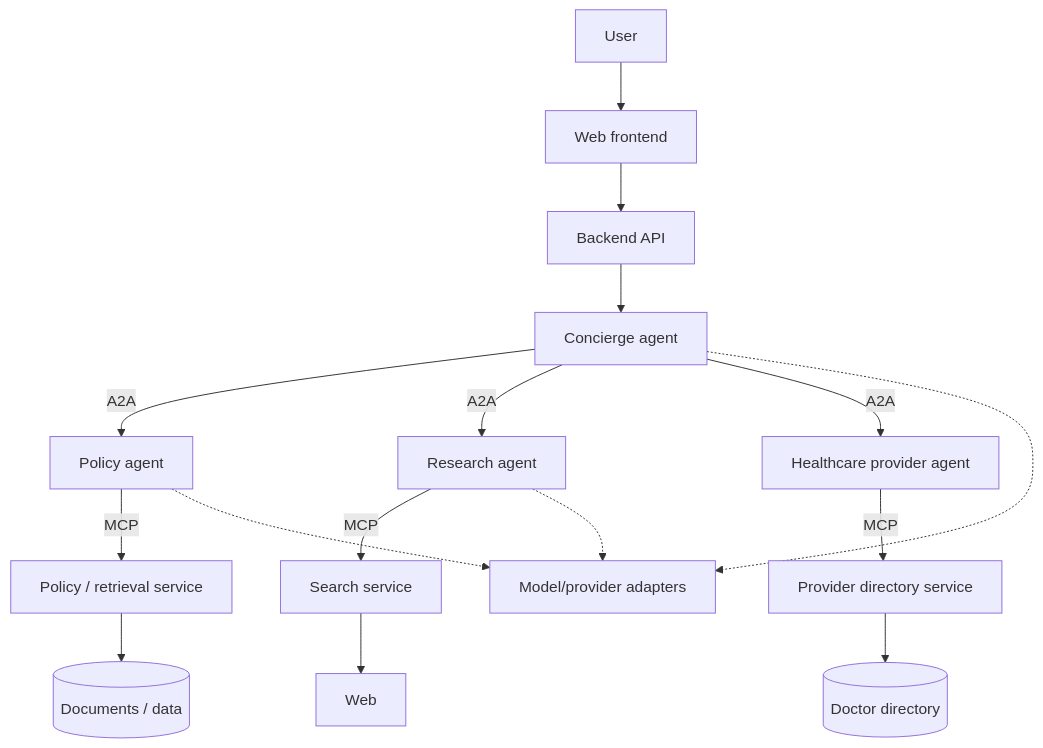
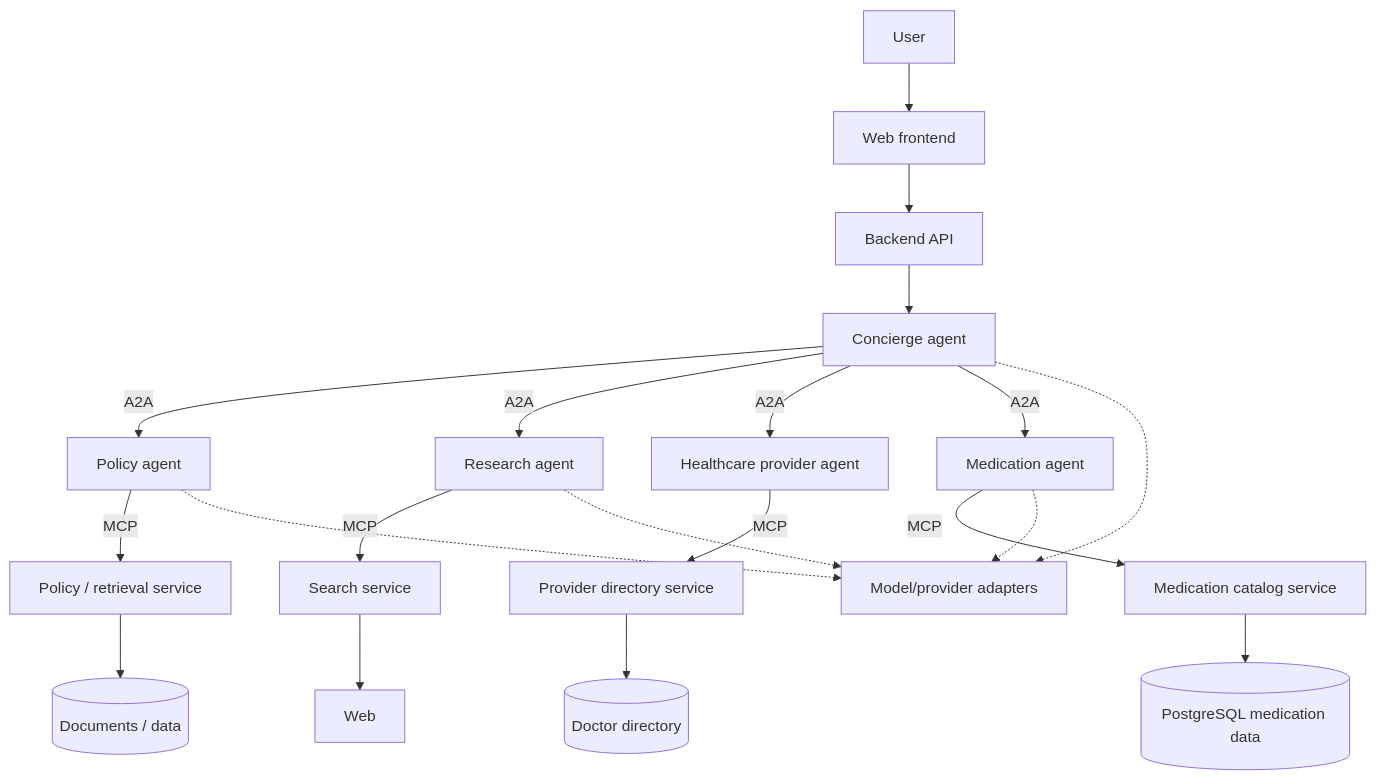
The diagram in docs/roadmap.md (bakarys01/agentic-lab), drawn with Mermaid before and after one commit. The commit also changed other lines of this file and 9 other files, not shown here.

````diff
--- a/docs/roadmap.md
+++ b/docs/roadmap.md
@@ -50,18 +52,22 @@
 ```mermaid
 flowchart TD
     U[User] --> UI[Web frontend]
     UI --> B[Backend API]
     B --> C[Concierge agent]
     C -->|A2A| P[Policy agent]
     C -->|A2A| R[Research agent]
     C -->|A2A| H[Healthcare provider agent]
+    C -->|A2A| Med[Medication agent]
     P -->|MCP| PT[Policy / retrieval service]
     R -->|MCP| RT[Search service]
     H -->|MCP| HT[Provider directory service]
+    Med -->|MCP| MT[Medication catalog service]
     PT --> D[(Documents / data)]
     RT --> W[Web]
     HT --> J[(Doctor directory)]
+    MT --> PG[(PostgreSQL medication data)]
     C -.-> M[Model/provider adapters]
     P -.-> M
     R -.-> M
+    Med -.-> M
 ```
````
